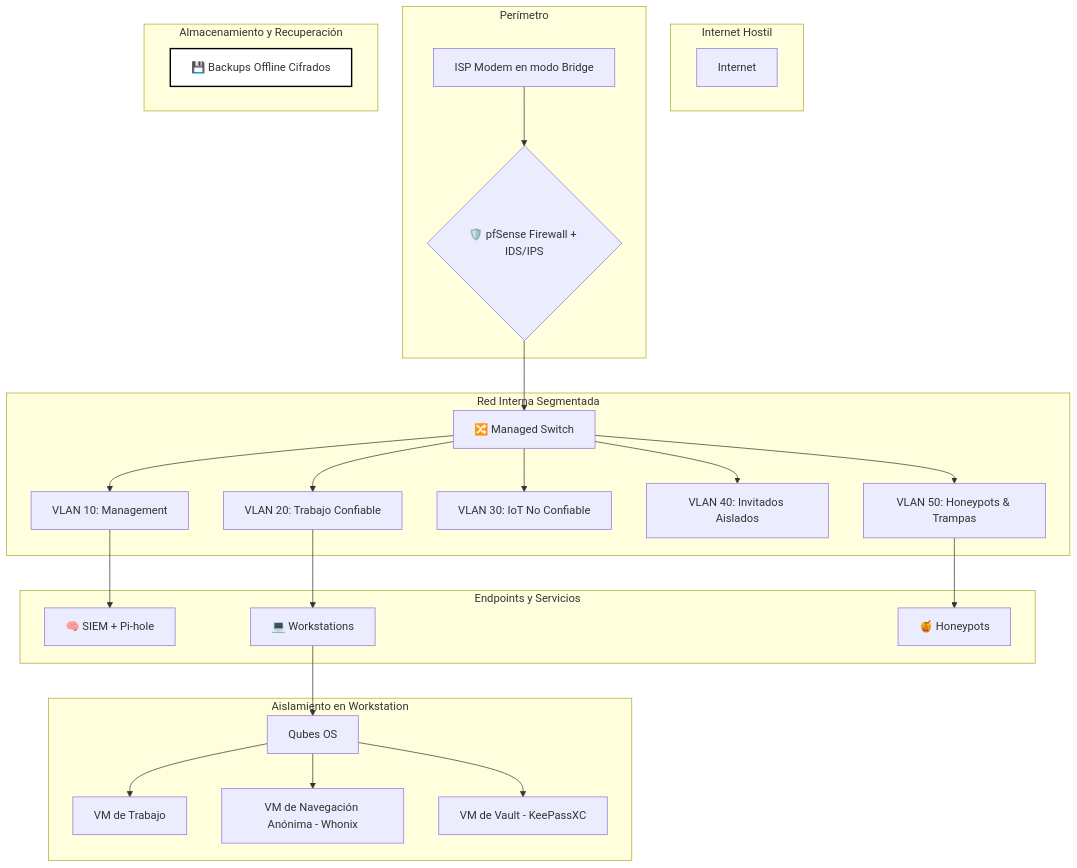
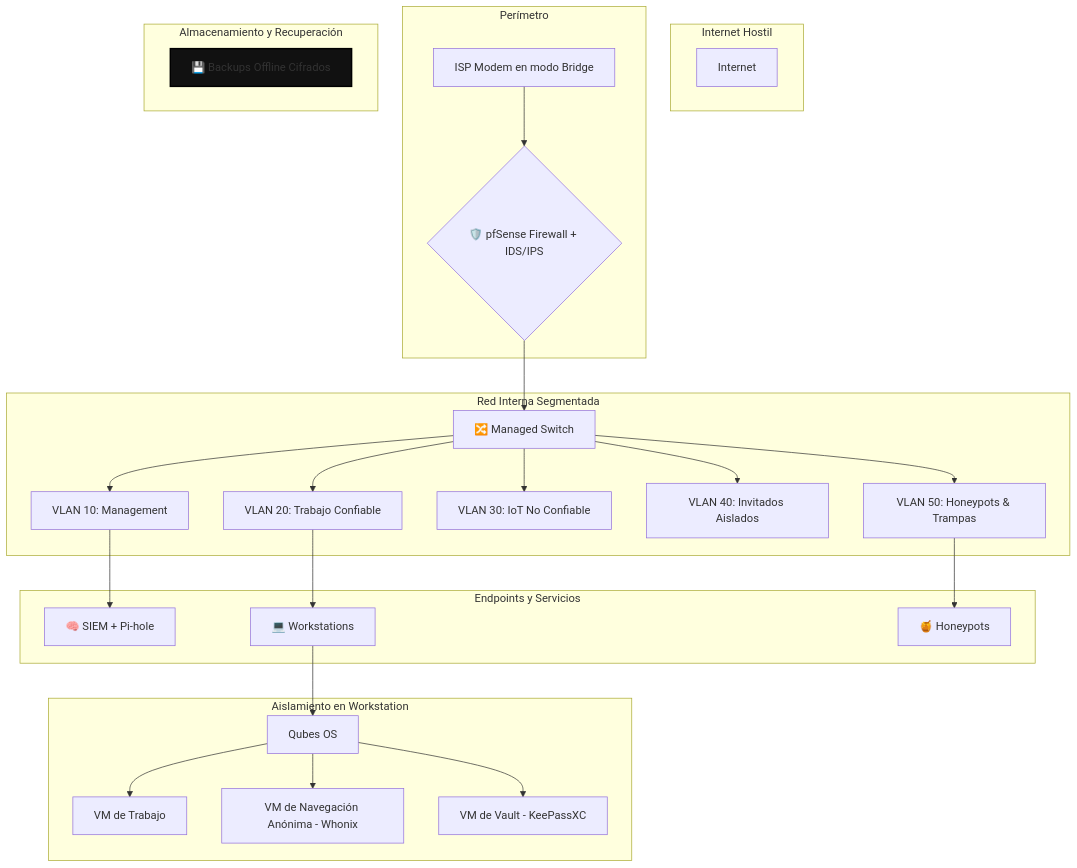
One commit to jviera100/documentacion changed the second of 2 diagrams in 03_ciberseguridad_y_redes/14_defense.md. Above: the diagram before and after it, drawn with Mermaid.

Commit message:
:sparkles:up

````diff
--- a/03_ciberseguridad_y_redes/14_defense.md
+++ b/03_ciberseguridad_y_redes/14_defense.md
@@ -30,38 +30,38 @@
 ```mermaid
 graph TD
     subgraph Internet Hostil
         A[Internet]
     end
 
     subgraph Perímetro
         B[ISP Modem en modo Bridge] --> C{🛡️ pfSense Firewall + IDS/IPS};
     end
 
     subgraph Red Interna Segmentada
         C --> D[🔀 Managed Switch];
         D --> V10[VLAN 10: Management];
         D --> V20[VLAN 20: Trabajo Confiable];
         D --> V30[VLAN 30: IoT No Confiable];
         D --> V40[VLAN 40: Invitados Aislados];
         D --> V50[VLAN 50: Honeypots & Trampas];
     end
     
     subgraph Endpoints y Servicios
         V10 --> E[🧠 SIEM + Pi-hole];
         V20 --> F[💻 Workstations];
         V50 --> G[🍯 Honeypots];
     end
 
     subgraph Aislamiento en Workstation
         F --> H[Qubes OS];
         H --> I[VM de Trabajo];
         H --> J[VM de Navegación Anónima - Whonix];
         H --> K[VM de Vault - KeePassXC];
     end
 
     subgraph Almacenamiento y Recuperación
         L[💾 Backups Offline Cifrados]
     end
 
-    style L fill:#fff,stroke:#000,stroke-width:2px
+    style L fill:#111,stroke:#000,stroke-width:2px
 ```
````
